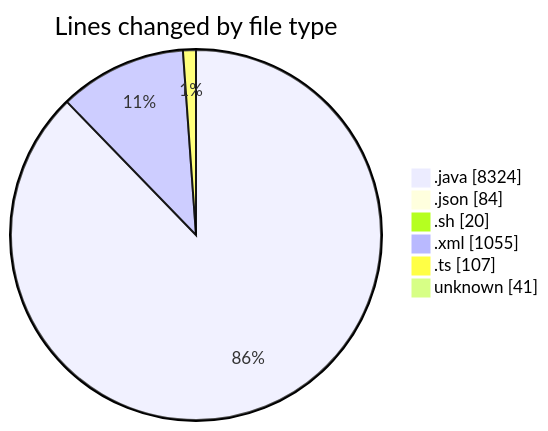
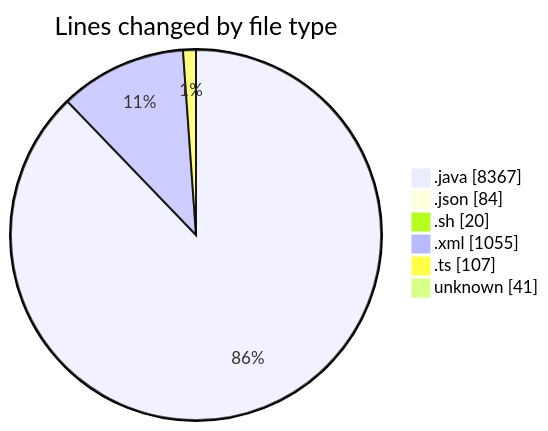
Before and after one commit to charlie-sans/code-tracking: the first of 2 diagrams in 2025-02-23/micros/README.md, drawn with Mermaid. The commit also changed other lines of this file and 1 other file, not shown here.

````diff
--- a/2025-02-23/micros/README.md
+++ b/2025-02-23/micros/README.md
@@ -57,10 +57,10 @@
 ```mermaid
 pie showData
 title Lines changed by file type
-".java" : 8324
+".java" : 8367
 ".json" : 84
 ".sh" : 20
 ".xml" : 1055
 ".ts" : 107
 "unknown" : 41
 ```
````
